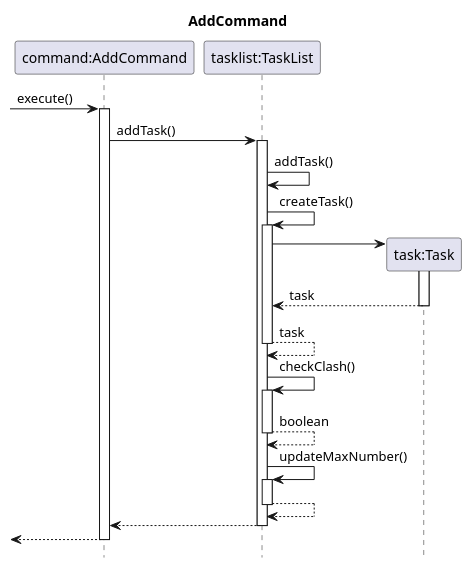
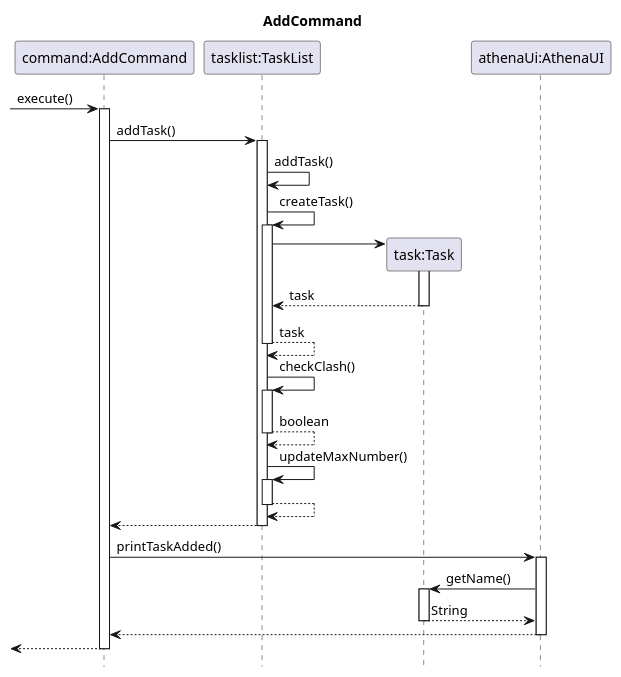
The diagram in docs/sequenceDiagrams/AddCommand.puml (wish2023/tp), drawn with PlantUML before and after one commit. The commit also changed 1 other file, not shown here.

```diff
--- a/docs/sequenceDiagrams/AddCommand.puml
+++ b/docs/sequenceDiagrams/AddCommand.puml
@@ -1,38 +1,44 @@
 @startuml
 hide footbox
 title AddCommand
 
 participant "command:AddCommand" as AddCommand
 participant "tasklist:TaskList" as TaskList
 participant "task:Task" as Task
+participant "athenaUi:AthenaUI" as AthenaUI
 
 
 ->AddCommand: execute()
 activate AddCommand
 AddCommand->TaskList: addTask()
 activate TaskList
 
 TaskList->TaskList: addTask()
 
 TaskList->TaskList: createTask()
 activate TaskList
 create Task
 TaskList->Task:
 activate Task
 return task
 TaskList-->TaskList: task
 deactivate TaskList
 
 TaskList->TaskList: checkClash()
 activate TaskList
 return boolean
 TaskList->TaskList: updateMaxNumber()
 activate TaskList
 return
-TaskList-->AddCommand:
+TaskList-->AddCommand--:
+AddCommand->AthenaUI++: printTaskAdded()
+AthenaUI->Task++:getName()
+return String
+AthenaUI-->AddCommand--:
+
 deactivate TaskList
 <--AddCommand--
 
 
 
 @enduml
```
